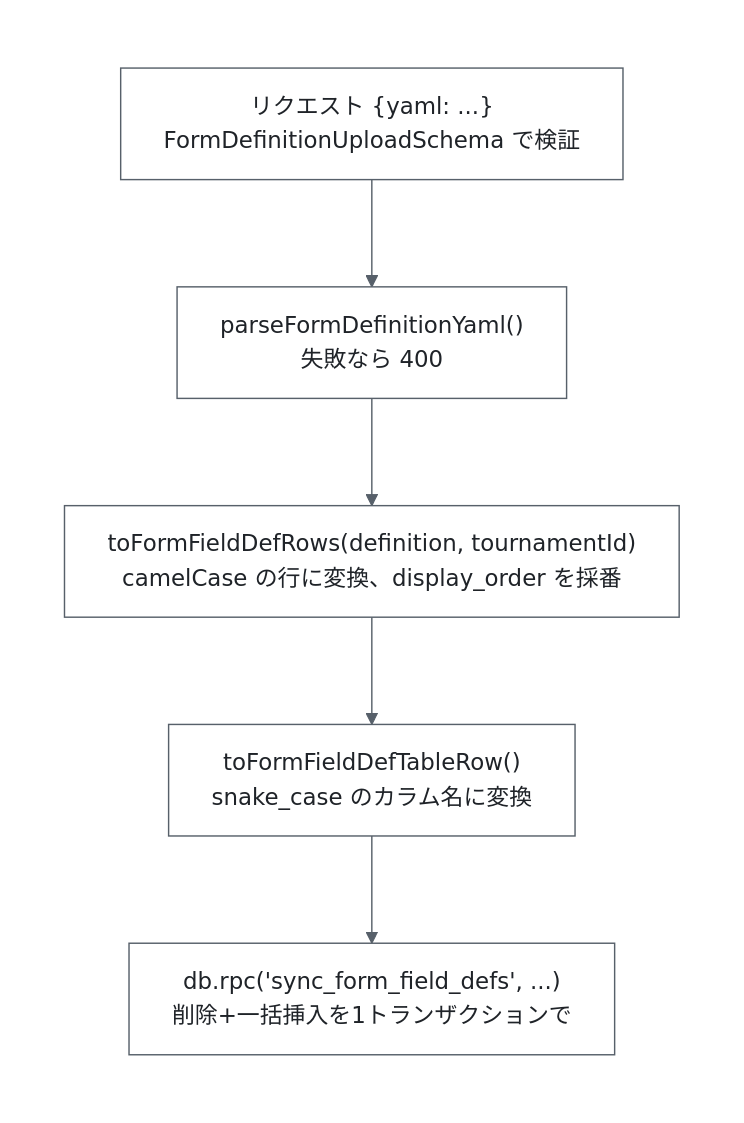
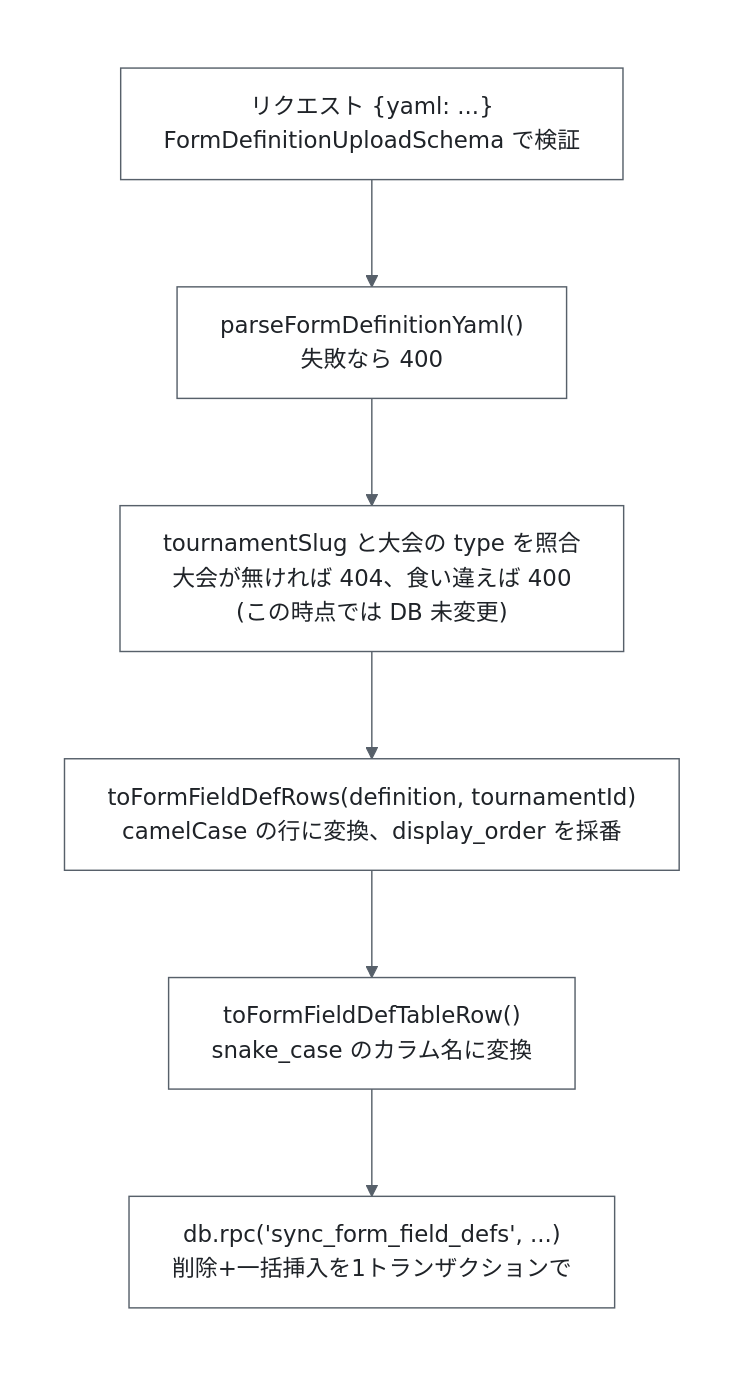
One commit to m-uesaka/regional-quiz-entry-form changed the second of 3 diagrams in docs/form-generation.md. Above: the diagram before and after it, drawn with Mermaid. The commit also changed other lines of this file and 14 other files, not shown here.

First line of the commit message:
feat: フォーム定義 YAML の tournamentSlug を保存先の大会種別と照合する (closes #62)

````diff
--- a/docs/form-generation.md
+++ b/docs/form-generation.md
@@ -111,16 +111,17 @@
 ```mermaid
 %%{init: {'theme':'base','flowchart':{'wrappingWidth':400},'themeVariables':{'background':'#ffffff','mainBkg':'#ffffff','primaryColor':'#ffffff','primaryTextColor':'#1f2328','primaryBorderColor':'#57606a','secondaryColor':'#ffffff','tertiaryColor':'#ffffff','lineColor':'#57606a','textColor':'#1f2328','edgeLabelBackground':'#ffffff','clusterBkg':'#ffffff','clusterBorder':'#ffffff'}}}%%
 flowchart TB
   %% ダーク表示でも背景を白に固定するため、図全体を白塗りの subgraph で包んでいる
   subgraph bg[" "]
   direction TB
   req["リクエスト {yaml: ...}<br>FormDefinitionUploadSchema で検証"]
   parse["parseFormDefinitionYaml()<br>失敗なら 400"]
+  check["tournamentSlug と大会の type を照合<br>大会が無ければ 404、食い違えば 400<br>(この時点では DB 未変更)"]
   rows["toFormFieldDefRows(definition, tournamentId)<br>camelCase の行に変換、display_order を採番"]
   tablerow["toFormFieldDefTableRow()<br>snake_case のカラム名に変換"]
   rpc["db.rpc('sync_form_field_defs', ...)<br>削除+一括挿入を1トランザクションで"]
 
-  req --> parse --> rows --> tablerow --> rpc
+  req --> parse --> check --> rows --> tablerow --> rpc
   end
   style bg fill:#ffffff,stroke:#ffffff
 ```
````
